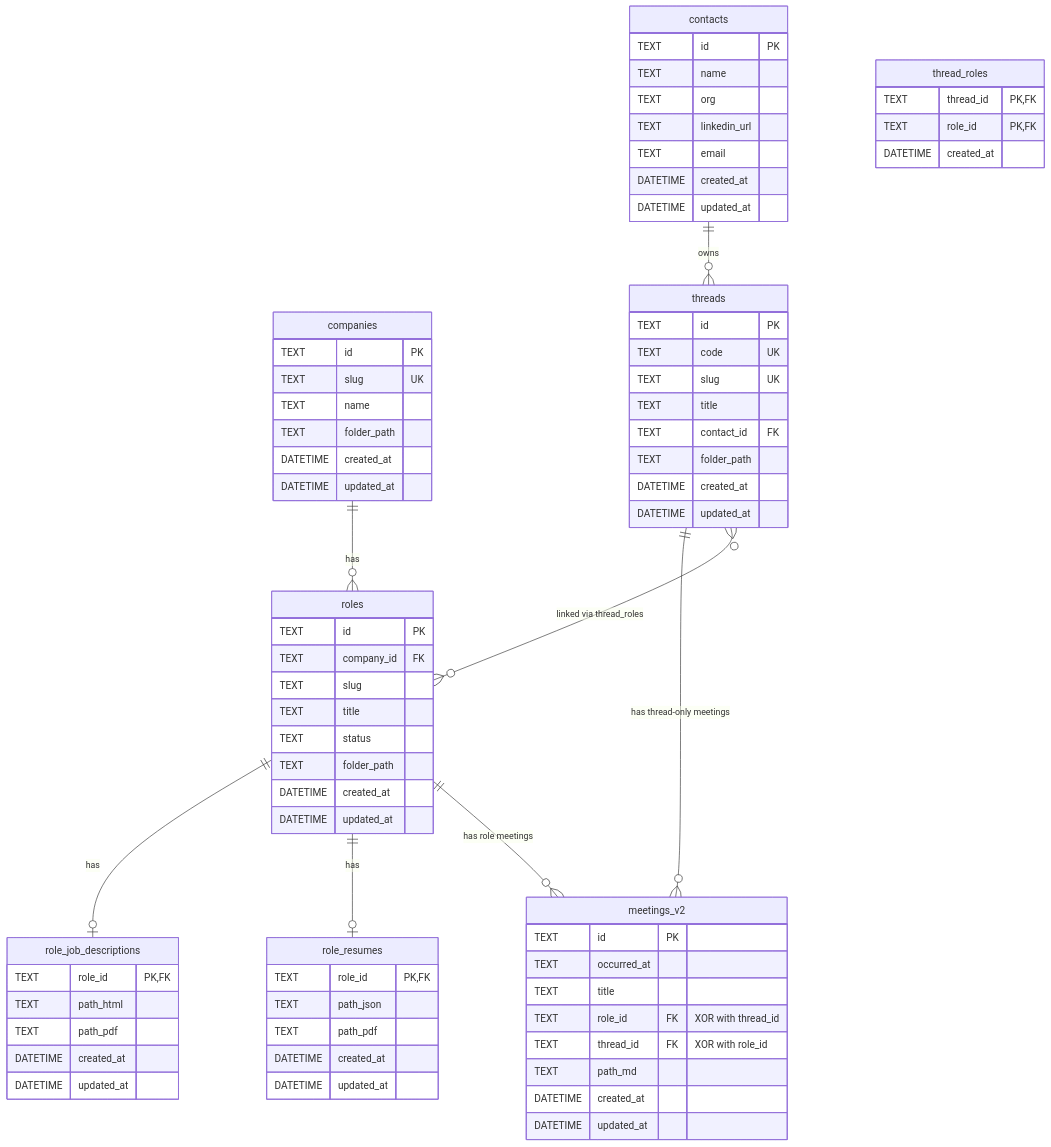
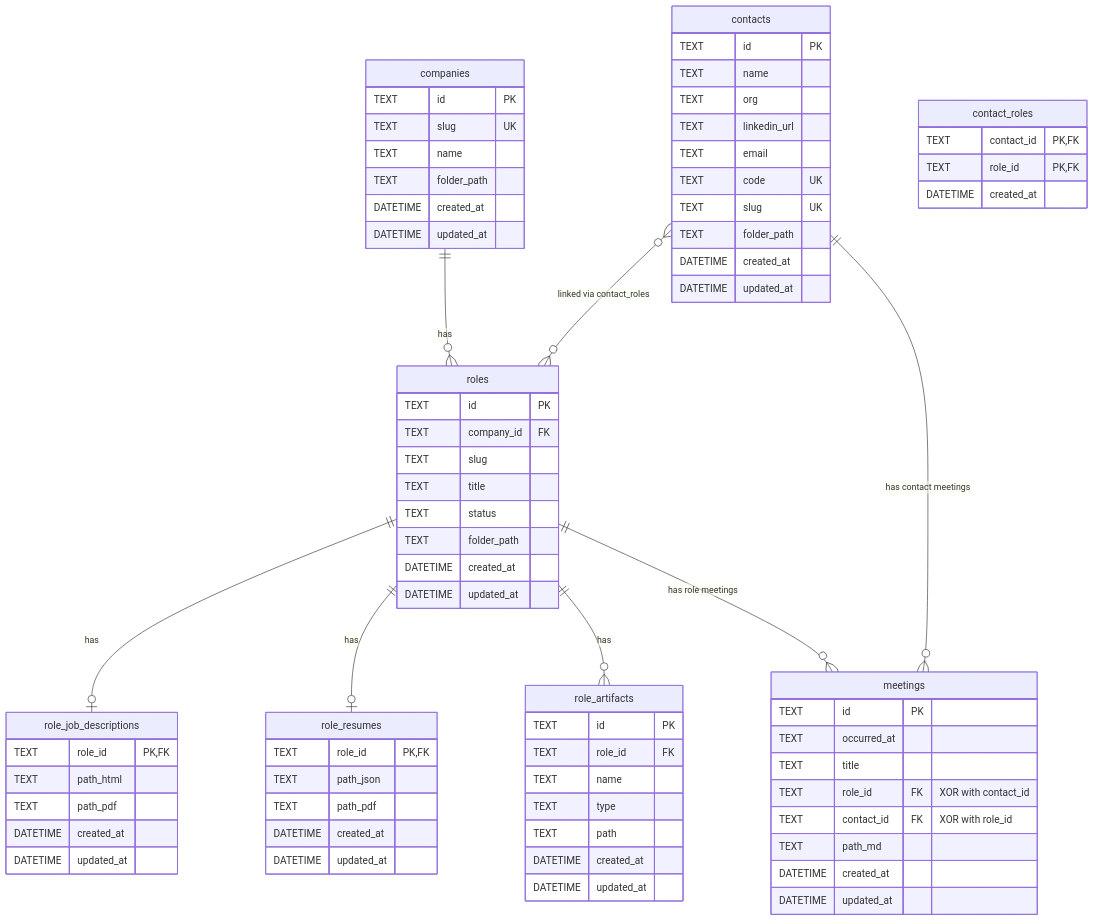
The diagram in ARCHITECTURE.md (samasri/job-tracker), drawn with Mermaid before and after one commit. The commit also changed other lines of this file and 26 other files, not shown here.

First line of the commit message:
refactor: remove thread/legacy-meeting era code and clean architecture

````diff
--- a/ARCHITECTURE.md
+++ b/ARCHITECTURE.md
@@ -282,49 +301,51 @@
         DATETIME updated_at
     }
 
+    role_artifacts {
+        TEXT id PK
+        TEXT role_id FK
+        TEXT name
+        TEXT type
+        TEXT path
+        DATETIME created_at
+        DATETIME updated_at
+    }
+
     contacts {
         TEXT id PK
         TEXT name
         TEXT org
         TEXT linkedin_url
         TEXT email
-        DATETIME created_at
-        DATETIME updated_at
-    }
-
-    threads {
-        TEXT id PK
         TEXT code UK
         TEXT slug UK
-        TEXT title
-        TEXT contact_id FK
         TEXT folder_path
         DATETIME created_at
         DATETIME updated_at
     }
 
-    meetings_v2 {
+    contact_roles {
+        TEXT contact_id PK,FK
+        TEXT role_id PK,FK
+        DATETIME created_at
+    }
+
+    meetings {
         TEXT id PK
         TEXT occurred_at
         TEXT title
-        TEXT role_id FK "XOR with thread_id"
-        TEXT thread_id FK "XOR with role_id"
+        TEXT role_id FK "XOR with contact_id"
+        TEXT contact_id FK "XOR with role_id"
         TEXT path_md
         DATETIME created_at
         DATETIME updated_at
     }
 
-    thread_roles {
-        TEXT thread_id PK,FK
-        TEXT role_id PK,FK
-        DATETIME created_at
-    }
-
     companies ||--o{ roles : "has"
     roles ||--o| role_job_descriptions : "has"
     roles ||--o| role_resumes : "has"
-    contacts ||--o{ threads : "owns"
-    roles ||--o{ meetings_v2 : "has role meetings"
-    threads ||--o{ meetings_v2 : "has thread-only meetings"
-    threads }o--o{ roles : "linked via thread_roles"
+    roles ||--o{ role_artifacts : "has"
+    roles ||--o{ meetings : "has role meetings"
+    contacts ||--o{ meetings : "has contact meetings"
+    contacts }o--o{ roles : "linked via contact_roles"
 ```
````
